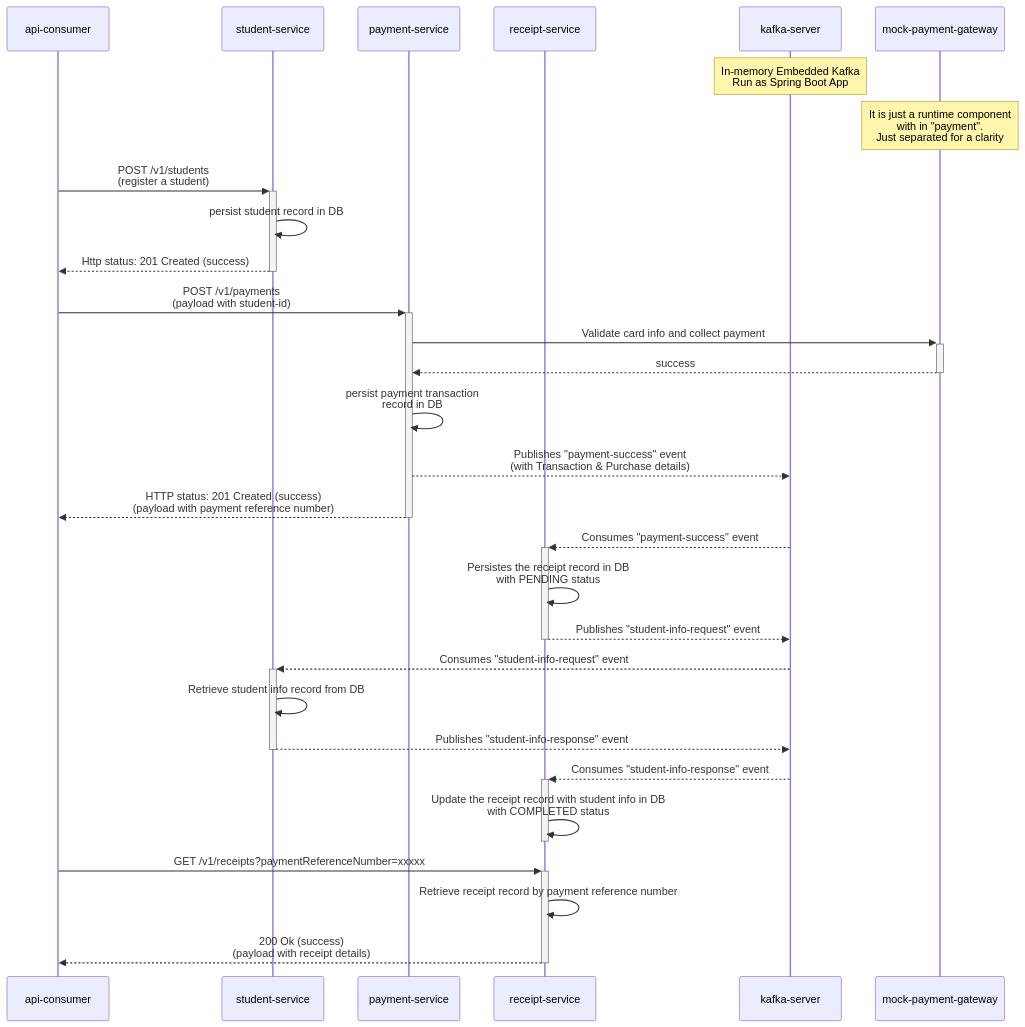
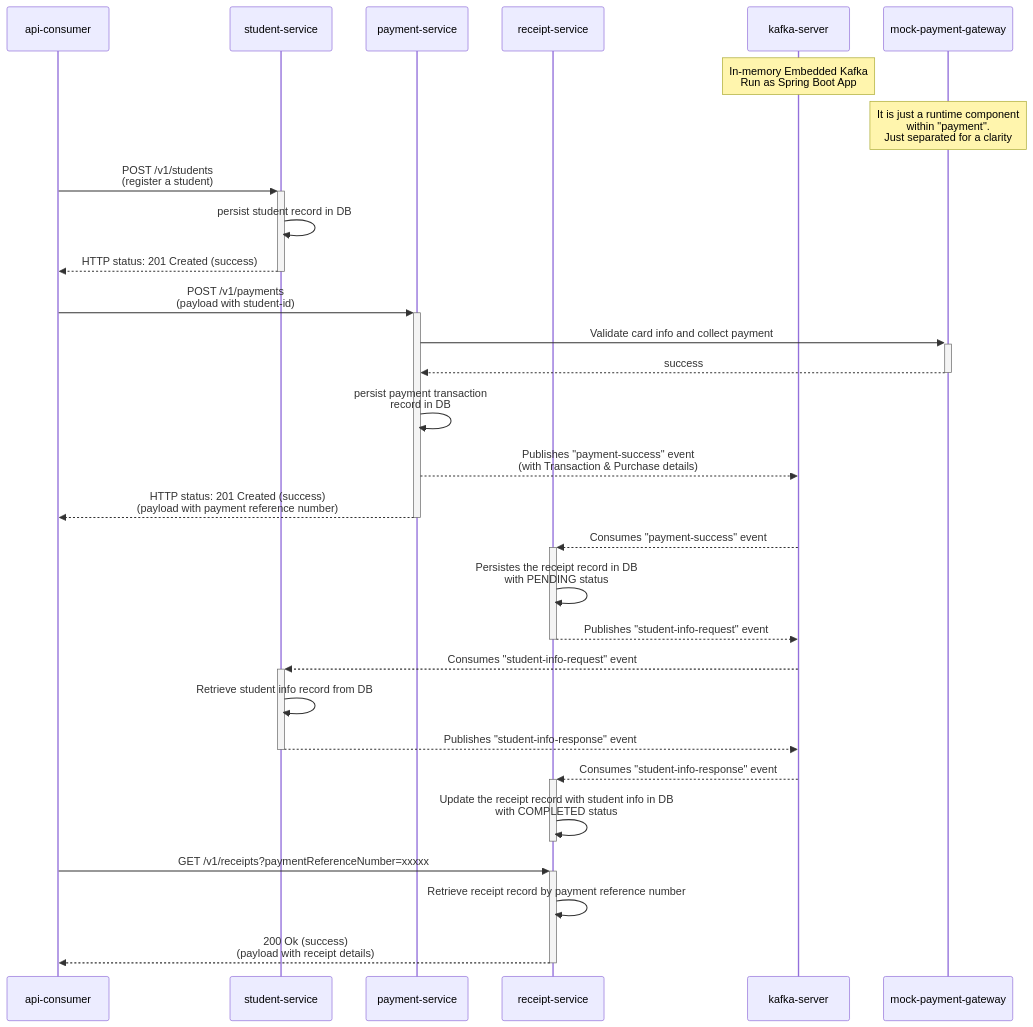
The diagram in README.md (karthikairam/payment-system-using-ddd), drawn with Mermaid before and after one commit. The commit also changed other lines of this file, not shown here.

````diff
--- a/README.md
+++ b/README.md
@@ -74,36 +74,36 @@
 ```mermaid
 sequenceDiagram
     participant api as api-consumer
     participant student as student-service
     participant payment as payment-service
     participant receipt as receipt-service
     participant kafka as kafka-server
     participant mpg as mock-payment-gateway
     
     Note over kafka: In-memory Embedded Kafka <br/> Run as Spring Boot App
-    Note over mpg: It is just a runtime component <br/>with in "payment".<br/> Just separated for a clarity
+    Note over mpg: It is just a runtime component <br/> within "payment".<br/> Just separated for a clarity
     
     api->>+student: POST /v1/students <br/>(register a student)
         student->>student: persist student record in DB
-    student-->>-api: Http status: 201 Created (success)
+    student-->>-api: HTTP status: 201 Created (success)
     
     api->>+payment: POST /v1/payments <br/>(payload with student-id)
         payment->>+mpg: Validate card info and collect payment
         mpg-->>-payment: success
         payment->>payment: persist payment transaction <br/> record in DB
         payment-->>kafka: Publishes "payment-success" event <br/> (with Transaction & Purchase details)
     payment-->>-api: HTTP status: 201 Created (success) <br/>(payload with payment reference number)
     
     kafka-->>+receipt: Consumes "payment-success" event
         receipt->>receipt: Persistes the receipt record in DB <br/> with PENDING status
         receipt-->>-kafka: Publishes "student-info-request" event
             kafka-->>+student: Consumes "student-info-request" event
                 student->>student: Retrieve student info record from DB
                 student-->>-kafka: Publishes "student-info-response" event
                     kafka-->>+receipt: Consumes "student-info-response" event
                         receipt->>-receipt: Update the receipt record with student info in DB <br/> with COMPLETED status
                         
     api->>+receipt: GET /v1/receipts?paymentReferenceNumber=xxxxx
         receipt->>receipt: Retrieve receipt record by payment reference number
     receipt-->>-api: 200 Ok (success) <br/> (payload with receipt details)
 ```
````
